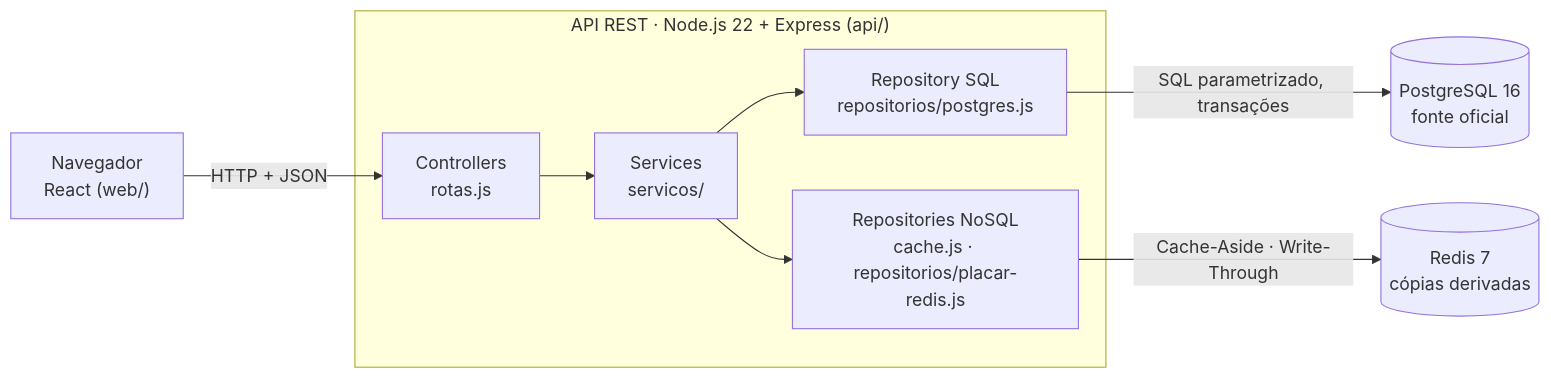
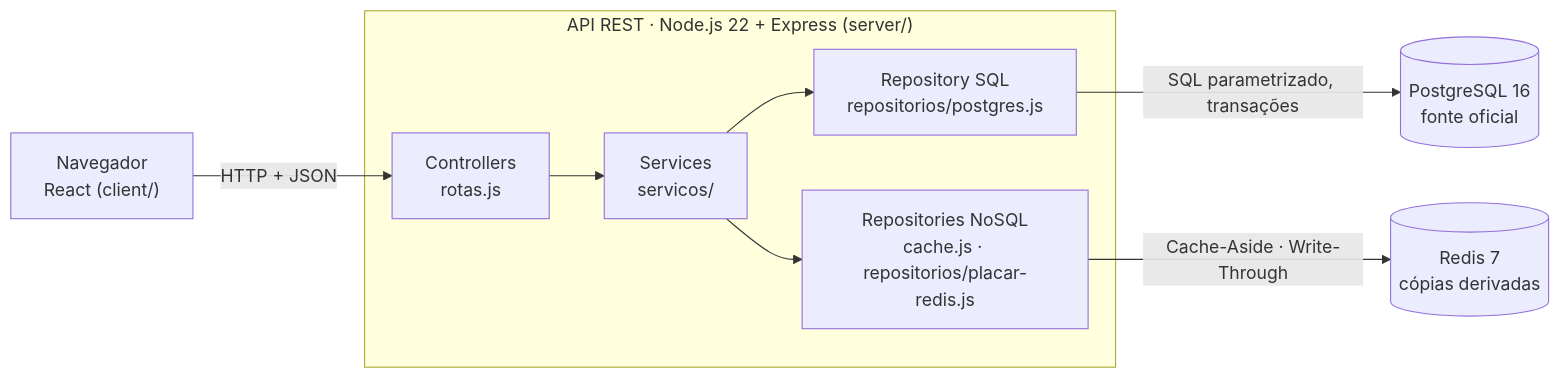
Before and after one commit to josefideles/ej-quest: the first of 2 diagrams in docs/arquitetura-e-modelagem.md, drawn with Mermaid. The commit also changed other lines of this file and 109 other files, not shown here.

First line of the commit message:
feat: front-end React com as telas 01 a 11 ligadas à API; server/ e client/ no padrão de PW1

````diff
--- a/docs/arquitetura-e-modelagem.md
+++ b/docs/arquitetura-e-modelagem.md
@@ -15,11 +15,11 @@
 ```mermaid
 flowchart LR
-    U["Navegador<br/>React (web/)"] -->|HTTP + JSON| C
-    subgraph API["API REST · Node.js 22 + Express (api/)"]
+    U["Navegador<br/>React (client/)"] -->|HTTP + JSON| C
+    subgraph API["API REST · Node.js 22 + Express (server/)"]
         C["Controllers<br/>rotas.js"] --> S["Services<br/>servicos/"]
         S --> RSQL["Repository SQL<br/>repositorios/postgres.js"]
         S --> RNOSQL["Repositories NoSQL<br/>cache.js · repositorios/placar-redis.js"]
     end
     RSQL -->|"SQL parametrizado, transações"| PG[("PostgreSQL 16<br/>fonte oficial")]
     RNOSQL -->|"Cache-Aside · Write-Through"| RD[("Redis 7<br/>cópias derivadas")]
 ```
````
